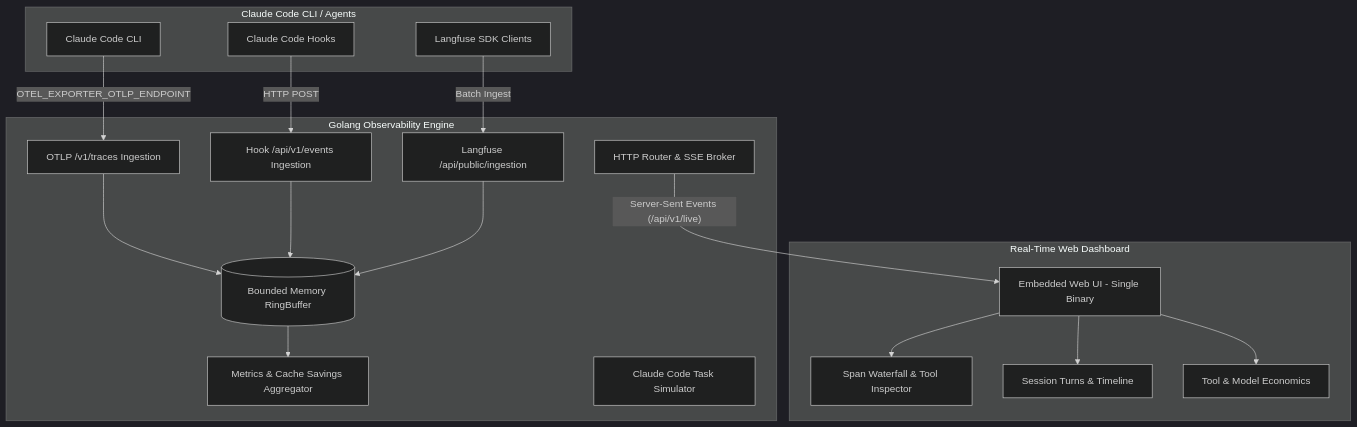
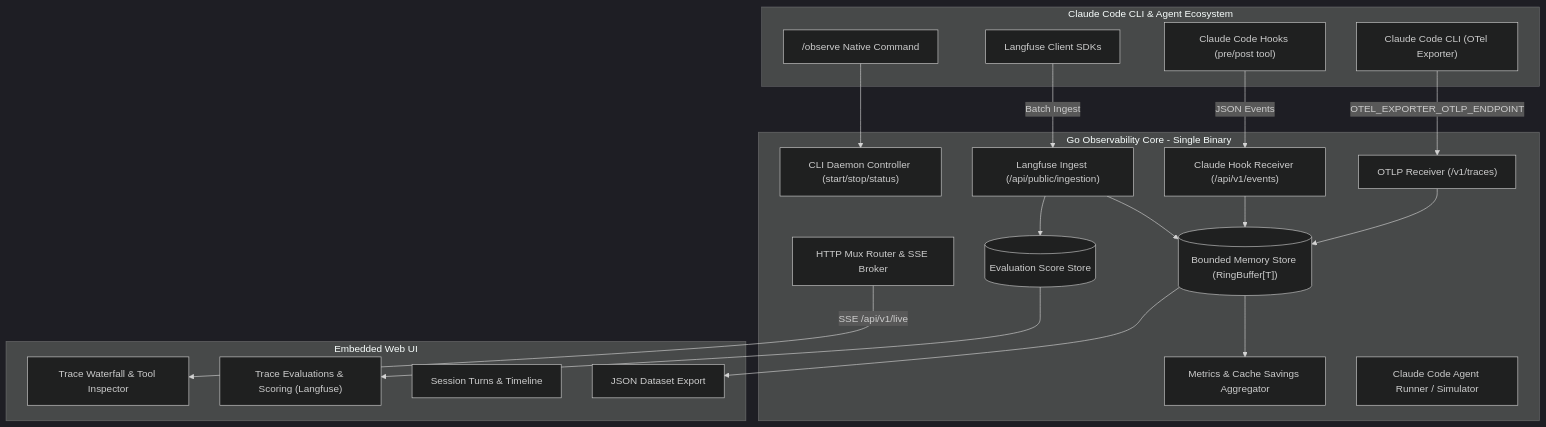
Before and after one commit to sundaram2021/claude-code-observability-system: the diagram in README.md, drawn with Mermaid (dark theme). The commit also changed other lines of this file and 23 other files, not shown here.

Commit message:
feat(claude): add native /observe slash command, scores evaluation API, and data export

````diff
--- a/README.md
+++ b/README.md
@@ -11,40 +26,44 @@
 ```mermaid
 graph TD
-    subgraph ClaudeCode [Claude Code CLI / Agents]
-        CLI[Claude Code CLI]
-        HOOKS[Claude Code Hooks]
-        LANGFUSE[Langfuse SDK Clients]
+    subgraph ClaudeCode [Claude Code CLI & Agent Ecosystem]
+        CMD["/observe Native Command"]
+        CLI["Claude Code CLI (OTel Exporter)"]
+        HOOKS["Claude Code Hooks (pre/post tool)"]
+        LANGFUSE["Langfuse Client SDKs"]
     end
 
-    subgraph GoServer [Golang Observability Engine]
-        ROUTER[HTTP Router & SSE Broker]
-        OTLP[OTLP /v1/traces Ingestion]
-        EVENT_INGEST[Hook /api/v1/events Ingestion]
-        LANGFUSE_INGEST[Langfuse /api/public/ingestion]
+    subgraph Server [Go Observability Core - Single Binary]
+        CLI_MGR["CLI Daemon Controller (start/stop/status)"]
+        ROUTER["HTTP Mux Router & SSE Broker"]
+        OTLP_INGEST["OTLP Receiver (/v1/traces)"]
+        HOOK_INGEST["Claude Hook Receiver (/api/v1/events)"]
+        LF_INGEST["Langfuse Ingest (/api/public/ingestion)"]
         
-        STORE[(Bounded Memory RingBuffer)]
-        METRICS[Metrics & Cache Savings Aggregator]
-        AGENT_RUNNER[Claude Code Task Simulator]
+        STORE[("Bounded Memory Store (RingBuffer[T])")]
+        SCORE_STORE[("Evaluation Score Store")]
+        METRICS["Metrics & Cache Savings Aggregator"]
+        SIMULATOR["Claude Code Agent Runner / Simulator"]
     end
 
-    subgraph WebUI [Real-Time Web Dashboard]
-        UI[Embedded Web UI - Single Binary]
-        WATERFALL[Span Waterfall & Tool Inspector]
-        SESSIONS[Session Turns & Timeline]
-        ANALYTICS[Tool & Model Economics]
+    subgraph Dashboard [Embedded Web UI]
+        WATERFALL["Trace Waterfall & Tool Inspector"]
+        SCORES["Trace Evaluations & Scoring (Langfuse)"]
+        SESSIONS["Session Turns & Timeline"]
+        EXPORT["JSON Dataset Export"]
     end
 
-    CLI -- "OTEL_EXPORTER_OTLP_ENDPOINT" --> OTLP
-    HOOKS -- "HTTP POST" --> EVENT_INGEST
-    LANGFUSE -- "Batch Ingest" --> LANGFUSE_INGEST
-    
-    OTLP --> STORE
-    EVENT_INGEST --> STORE
-    LANGFUSE_INGEST --> STORE
-    
+    CMD --> CLI_MGR
+    CLI -- "OTEL_EXPORTER_OTLP_ENDPOINT" --> OTLP_INGEST
+    HOOKS -- "JSON Events" --> HOOK_INGEST
+    LANGFUSE -- "Batch Ingest" --> LF_INGEST
+
+    OTLP_INGEST --> STORE
+    HOOK_INGEST --> STORE
+    LF_INGEST --> STORE
+    LF_INGEST --> SCORE_STORE
+
     STORE --> METRICS
-    ROUTER -- "Server-Sent Events (/api/v1/live)" --> UI
-    UI --> WATERFALL
-    UI --> SESSIONS
-    UI --> ANALYTICS
+    SCORE_STORE --> SCORES
+    ROUTER -- "SSE /api/v1/live" --> WATERFALL
+    STORE --> EXPORT
 ```
````
